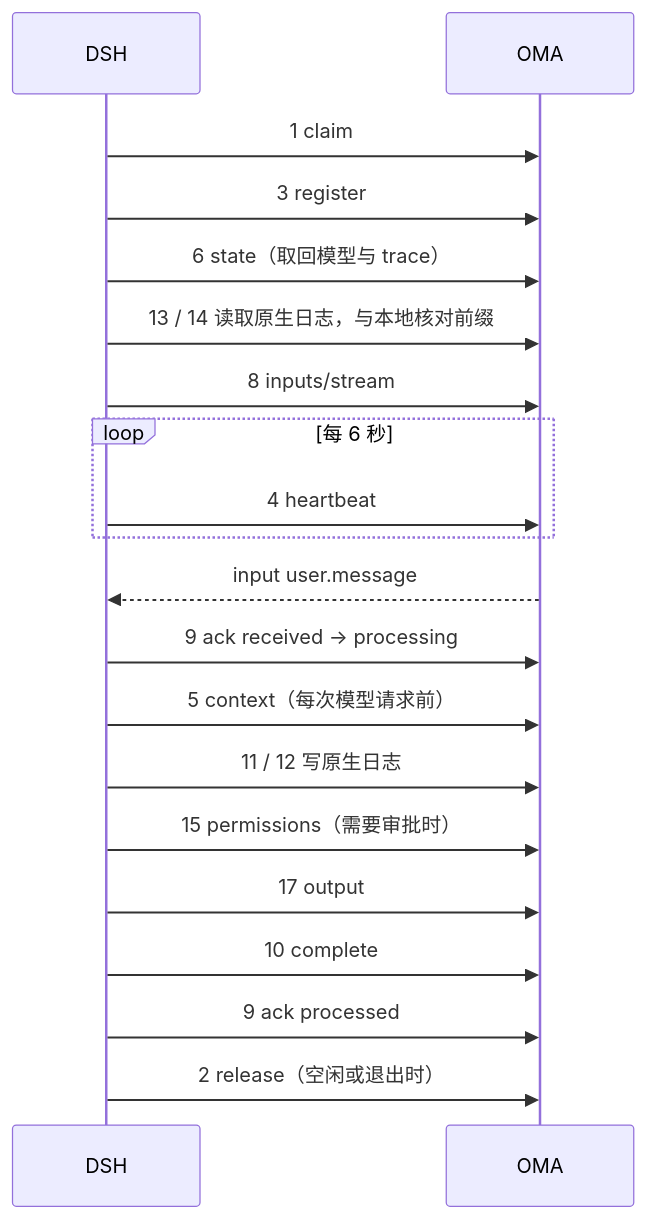
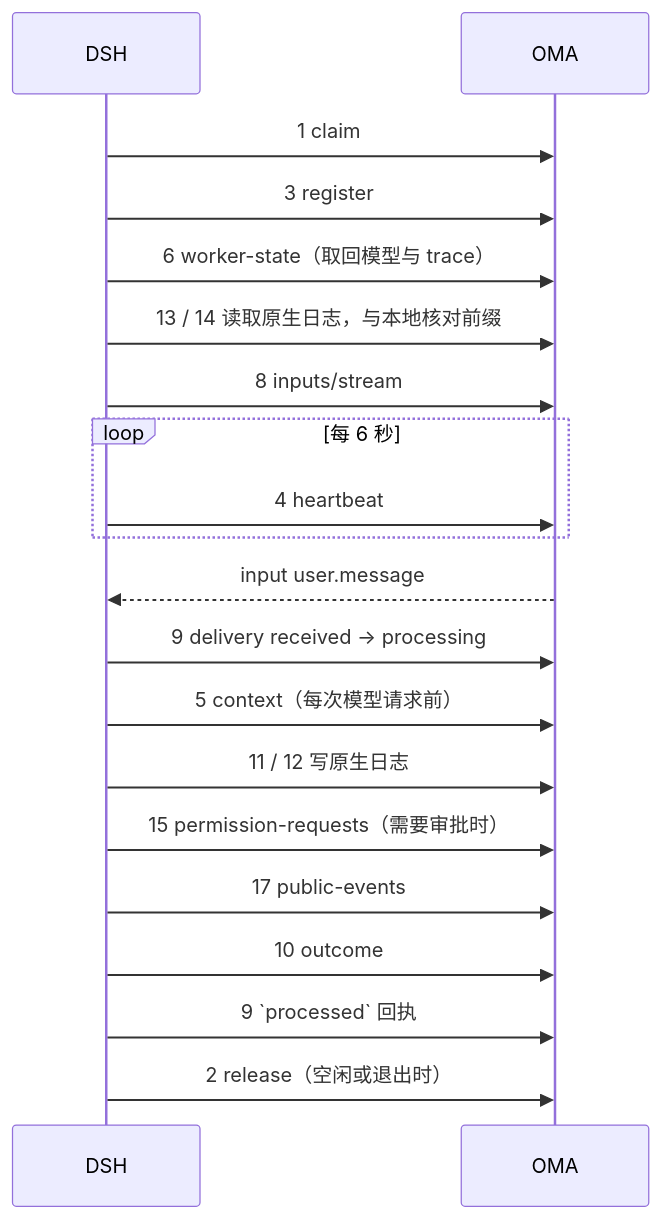
The diagram in docs/design/be/dsrv1/api-reference.md (superduck-ai/open-managed-agents), drawn with Mermaid before and after one commit. The commit also changed other lines of this file and 1 other file, not shown here.

````diff
--- a/docs/design/be/dsrv1/api-reference.md
+++ b/docs/design/be/dsrv1/api-reference.md
@@ -31,22 +31,22 @@
 ```mermaid
 sequenceDiagram
     participant D as DSH
     participant A as OMA
     D->>A: 1 claim
     D->>A: 3 register
-    D->>A: 6 state（取回模型与 trace）
+    D->>A: 6 worker-state（取回模型与 trace）
     D->>A: 13 / 14 读取原生日志，与本地核对前缀
     D->>A: 8 inputs/stream
     loop 每 6 秒
         D->>A: 4 heartbeat
     end
     A-->>D: input user.message
-    D->>A: 9 ack received → processing
+    D->>A: 9 delivery received → processing
     D->>A: 5 context（每次模型请求前）
     D->>A: 11 / 12 写原生日志
-    D->>A: 15 permissions（需要审批时）
-    D->>A: 17 output
-    D->>A: 10 complete
-    D->>A: 9 ack processed
+    D->>A: 15 permission-requests（需要审批时）
+    D->>A: 17 public-events
+    D->>A: 10 outcome
+    D->>A: 9 `processed` 回执
     D->>A: 2 release（空闲或退出时）
 ```
````
